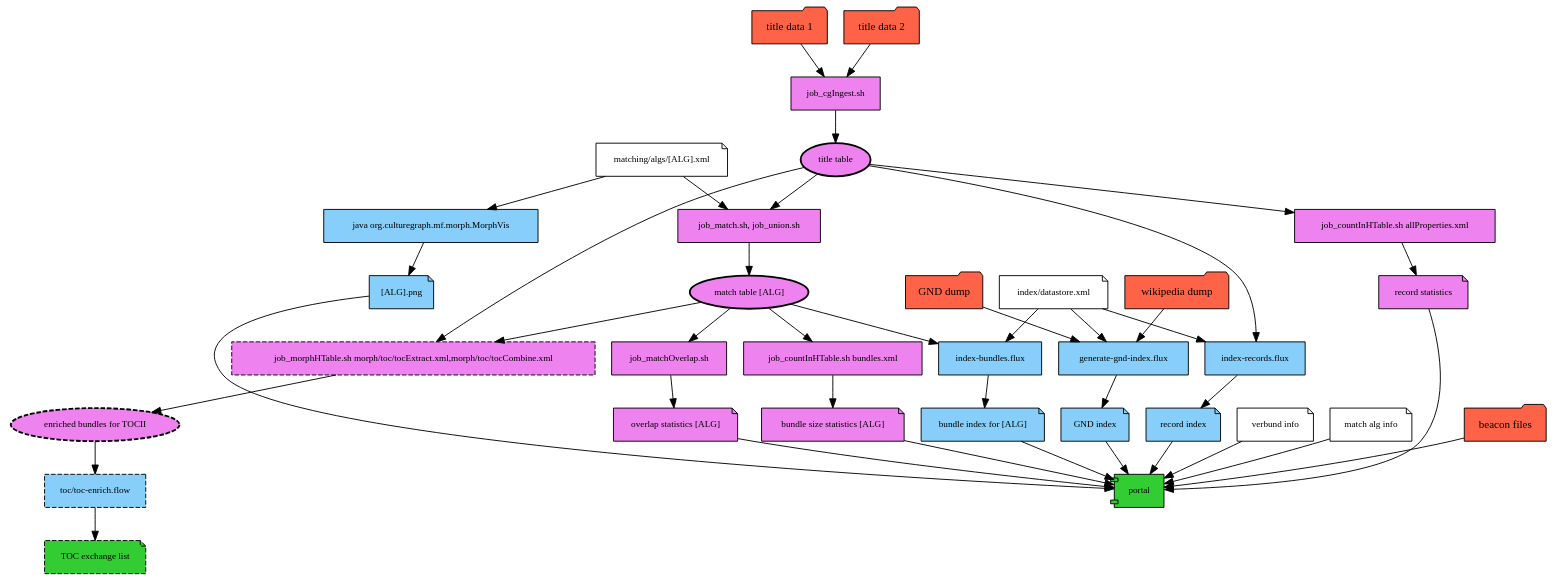
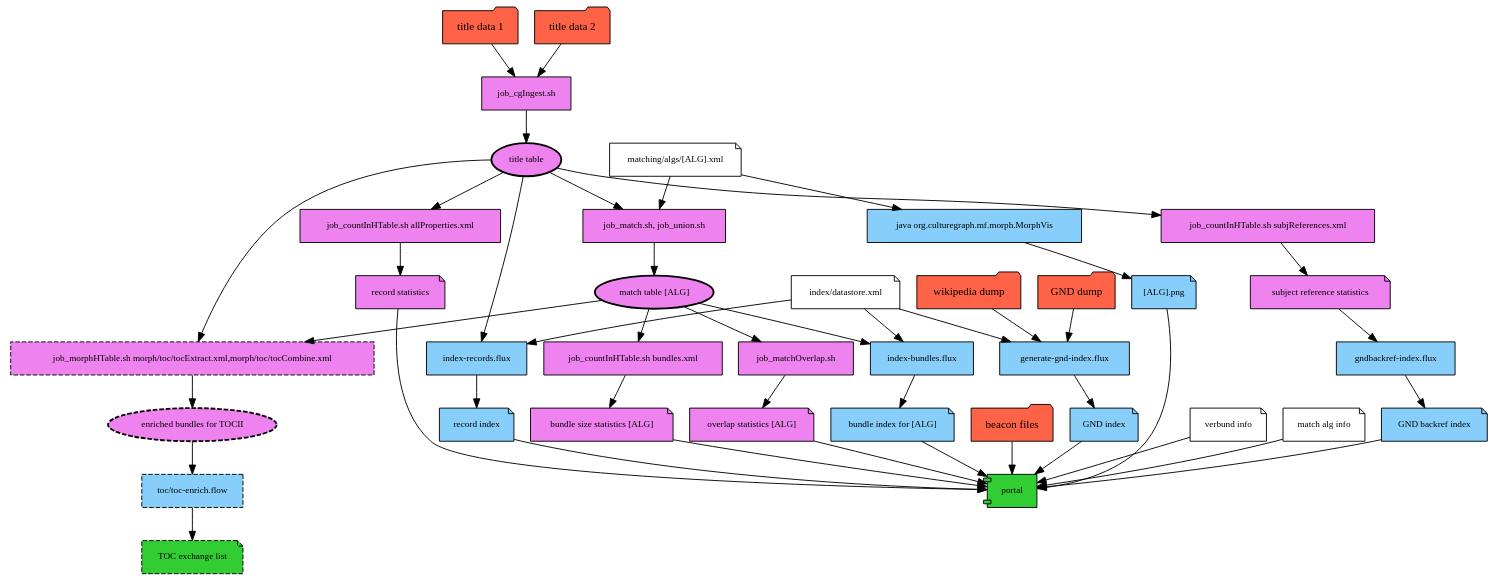
One commit to mapfde/metafacture-cluster changed the diagram in doc/data-flows.gv. Above: the diagram before and after it, drawn with Graphviz. The commit also changed 12 other files, not shown here.

Commit message:
flows updated

```diff
--- a/doc/data-flows.gv
+++ b/doc/data-flows.gv
@@ -1,113 +1,123 @@
 digraph dataflows {
 node [shape=folder, style=filled, fillcolor=tomato, fontsize=12];  
 t1 [label="title data 1"];
 t2 [label="title data 2"];
 beacons [label="beacon files"];
 wiki [label="wikipedia dump"];
 gnd [label="GND dump"];
 
 node [shape=ellipse, style="filled,bold", fillcolor=violet, fontsize=10];  
 rt [label="title table"];
 mt [label="match table [ALG]"];
 
 node [shape=ellipse, style="filled,bold, dashed", fillcolor=violet, fontsize=10];  
 toct [label="enriched bundles for TOCII"];
 
 
 node[shape=component, style=filled, fillcolor=limegreen, fontsize=10]
 portal [label="portal"]
 
 node[shape=note, style=filled, fillcolor=violet, fontsize=10]
 ovstat [label="overlap statistics [ALG]"]
 bstat [label="bundle size statistics [ALG]"]
 rstat [label="record statistics"]
+subjstat  [label="subject reference statistics"]
 
 node[shape=note, style=filled, fillcolor=lightskyblue, fontsize=10]
 rix [label="record index"]
 bix [label="bundle index for [ALG]"]
 gndix [label="GND index"]
 png [label="[ALG].png"]
+subjix [label="GND backref index"]
 
 node[shape=note, style=filled, fillcolor=white, fontsize=10]
 alg [label="matching/algs/[ALG].xml"]
 indexs [label="index/datastore.xml"]
 vinfo [label="verbund info"]
 ainfo [label="match alg info"]
 
 node [shape=box, style=filled, fillcolor=violet, fontsize=10];  
 in [label="job_cgIngest.sh"]
 match [label="job_match.sh, job_union.sh"]
 overlap [label="job_matchOverlap.sh"]
 bundlec [label="job_countInHTable.sh bundles.xml"]
 recc [label="job_countInHTable.sh allProperties.xml"]
+subjc [label="job_countInHTable.sh subjReferences.xml"]
+
 
 node [shape=box, style=filled, fillcolor=lightskyblue, fontsize=10];  
 ixr [label="index-records.flux"]
 ixm [label="index-bundles.flux"]
 ixgnd [label="generate-gnd-index.flux"]
 morphvis [label="java org.culturegraph.mf.morph.MorphVis"]
-
+ixsubj [label="gndbackref-index.flux"]
 
 node [shape=box, style="dashed,filled" fillcolor=violet, fontsize=10];  
 tocenr [label ="job_morphHTable.sh morph/toc/tocExtract.xml,morph/toc/tocCombine.xml"]
 
 node [shape=box, style="dashed,filled" fillcolor=lightskyblue, fontsize=10];  
 tocflow [label ="toc/toc-enrich.flow"]
 
 node [shape=note, style="dashed,filled" fillcolor=limegreen, fontsize=10];  
 tocresult [label ="TOC exchange list"]
+
+rt -> subjc
+subjc -> subjstat
+subjstat->ixsubj
+ixsubj->subjix
+subjix->portal
 
 rt -> tocenr
 mt -> tocenr
 tocenr -> toct
 toct -> tocflow
 tocflow -> tocresult
 
 gnd->ixgnd
 wiki->ixgnd
 indexs -> ixgnd
 ixgnd->gndix
 gndix->portal
 
 alg -> morphvis
 morphvis -> png
 png -> portal
 
 beacons -> portal
 
 t1 -> in;
 t2 -> in;
 in -> rt;
 
 rt ->ixr
 indexs -> ixr
 ixr -> rix
 rix -> portal
 
 rt -> match
 alg -> match
 
 match -> mt
 mt->ixm
 indexs->ixm
 ixm -> bix
 bix -> portal
 
 mt->overlap
 overlap -> ovstat
 ovstat -> portal
 
 mt->bundlec
 bundlec -> bstat
 bstat -> portal
 
 rt->recc
 recc->rstat
 rstat -> portal
 
 vinfo -> portal
 ainfo -> portal
 
 overlap=false
 
 }
```
